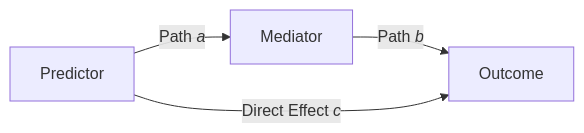
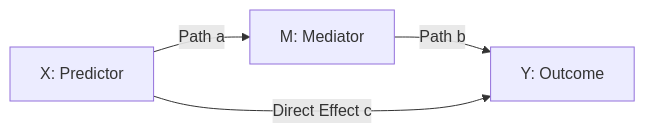
Before and after one commit to drmankin/practicum: the first of 2 diagrams in tutorials/psychrlogy/02_essentials/08_analysis.qmd, drawn with Mermaid. The commit also changed other lines of this file and 21 other files, not shown here.

Commit message:
Update 08 diagrams

````diff
--- a/tutorials/psychrlogy/02_essentials/08_analysis.qmd
+++ b/tutorials/psychrlogy/02_essentials/08_analysis.qmd
@@ -774,5 +750,8 @@
 ```{mermaid}
+%%| label: fig-med
+%%| fig-cap: Mediation diagram
+%%| fig-align: center
 flowchart LR
-      X -- "`Path *a*`"--> M[Mediator] -- "`Path *b*`"--> Y
-      X[Predictor] -- "`Direct Effect *c*`" --> Y[Outcome]
+      X -- Path a --> M[M: Mediator] -- Path b--> Y
+      X[X: Predictor] -- Direct Effect c --> Y[Y: Outcome]
 ```
````
